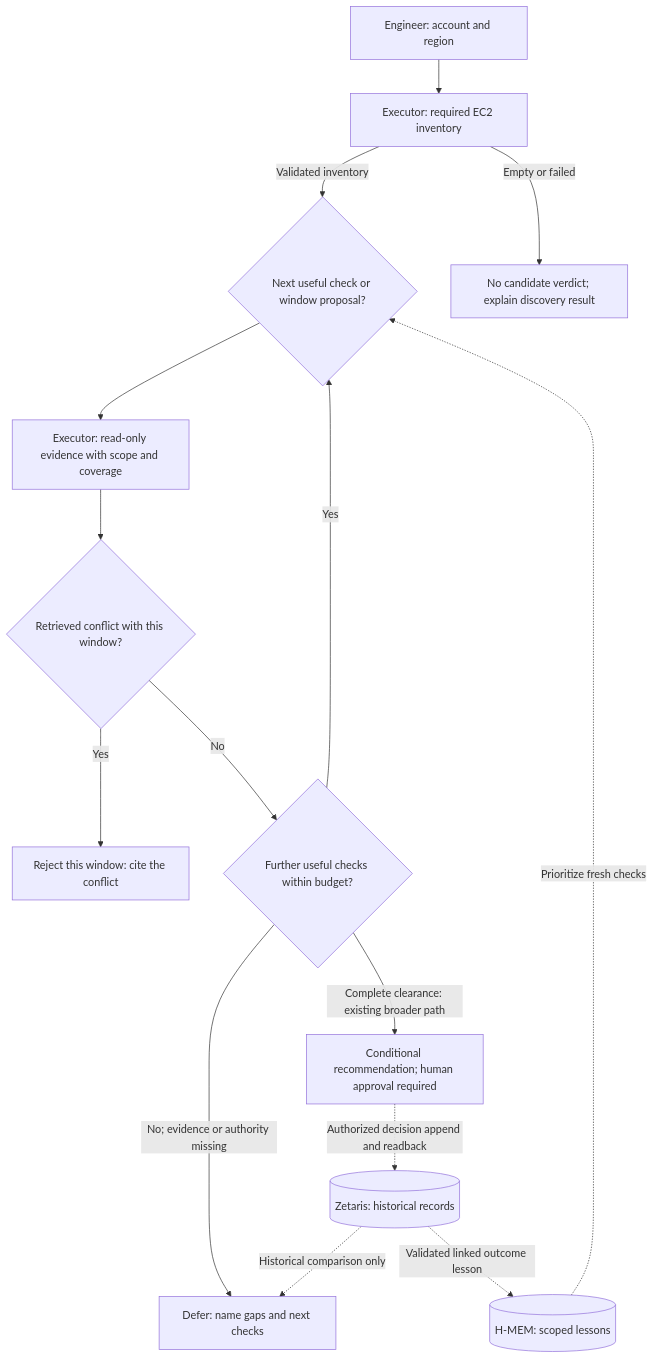
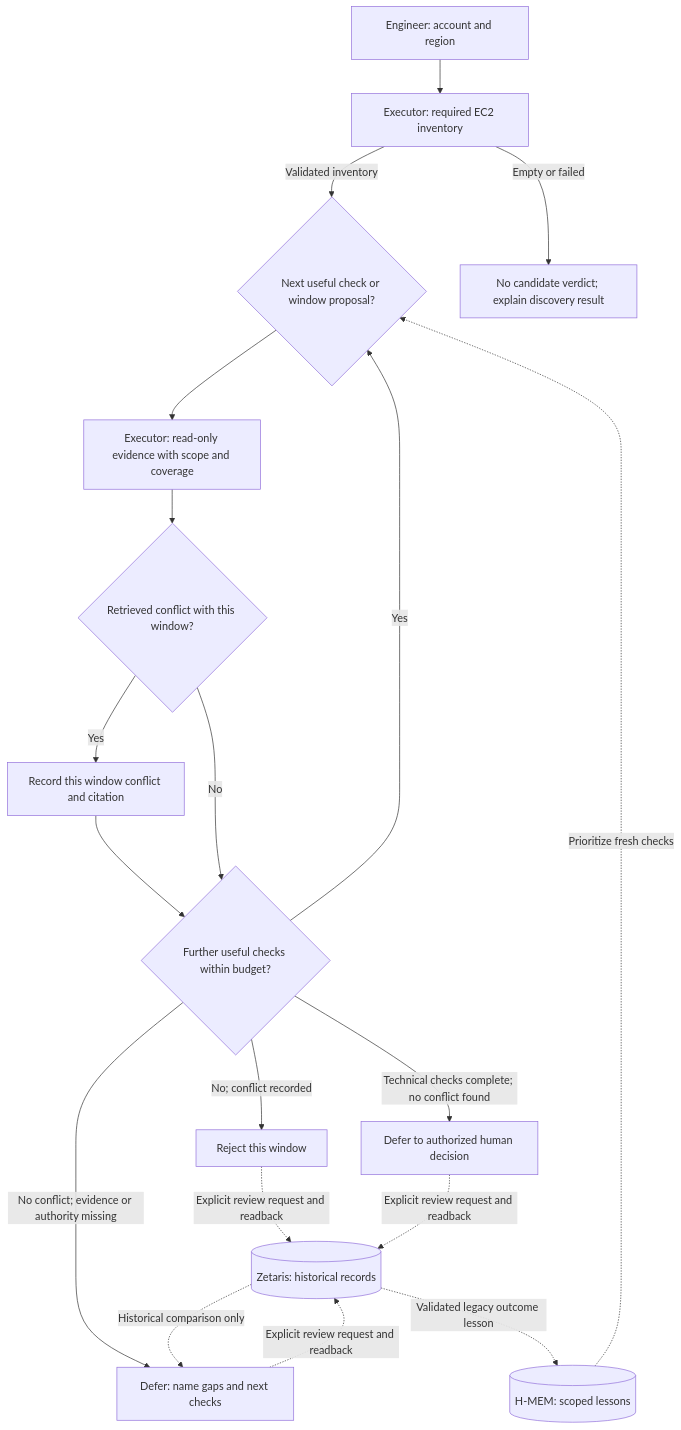
One commit to milaforge/cloud-cost-investigator changed the diagram in README.md. Above: the diagram before and after it, drawn with Mermaid. The commit also changed other lines of this file and 63 other files, not shown here.

Commit message:
fix: make CCI reject or defer with evidence

````diff
--- a/README.md
+++ b/README.md
@@ -35,17 +35,21 @@
 ```mermaid
 flowchart TD
     U[Engineer: account and region] --> D[Executor: required EC2 inventory]
     D -->|Validated inventory| P{Next useful check or window proposal?}
     D -->|Empty or failed| N[No candidate verdict; explain discovery result]
     P --> X[Executor: read-only evidence with scope and coverage]
     X --> E{Retrieved conflict with this window?}
-    E -->|Yes| R[Reject this window: cite the conflict]
-    E -->|No| G{Further useful checks within budget?}
+    E -->|Yes| R[Record this window conflict and citation]
+    R --> G{Further useful checks within budget?}
+    E -->|No| G
     G -->|Yes| P
-    G -->|No; evidence or authority missing| F[Defer: name gaps and next checks]
-    G -->|Complete clearance: existing broader path| C[Conditional recommendation; human approval required]
+    G -->|No; conflict recorded| V[Reject this window]
+    G -->|No conflict; evidence or authority missing| F[Defer: name gaps and next checks]
+    G -->|Technical checks complete; no conflict found| H[Defer to authorized human decision]
     M[(H-MEM: scoped lessons)] -. Prioritize fresh checks .-> P
     Z[(Zetaris: historical records)] -. Historical comparison only .-> F
-    C -. Authorized decision append and readback .-> Z
-    Z -. Validated linked outcome lesson .-> M
+    V -. Explicit review request and readback .-> Z
+    F -. Explicit review request and readback .-> Z
+    H -. Explicit review request and readback .-> Z
+    Z -. Validated legacy outcome lesson .-> M
 ```
````
